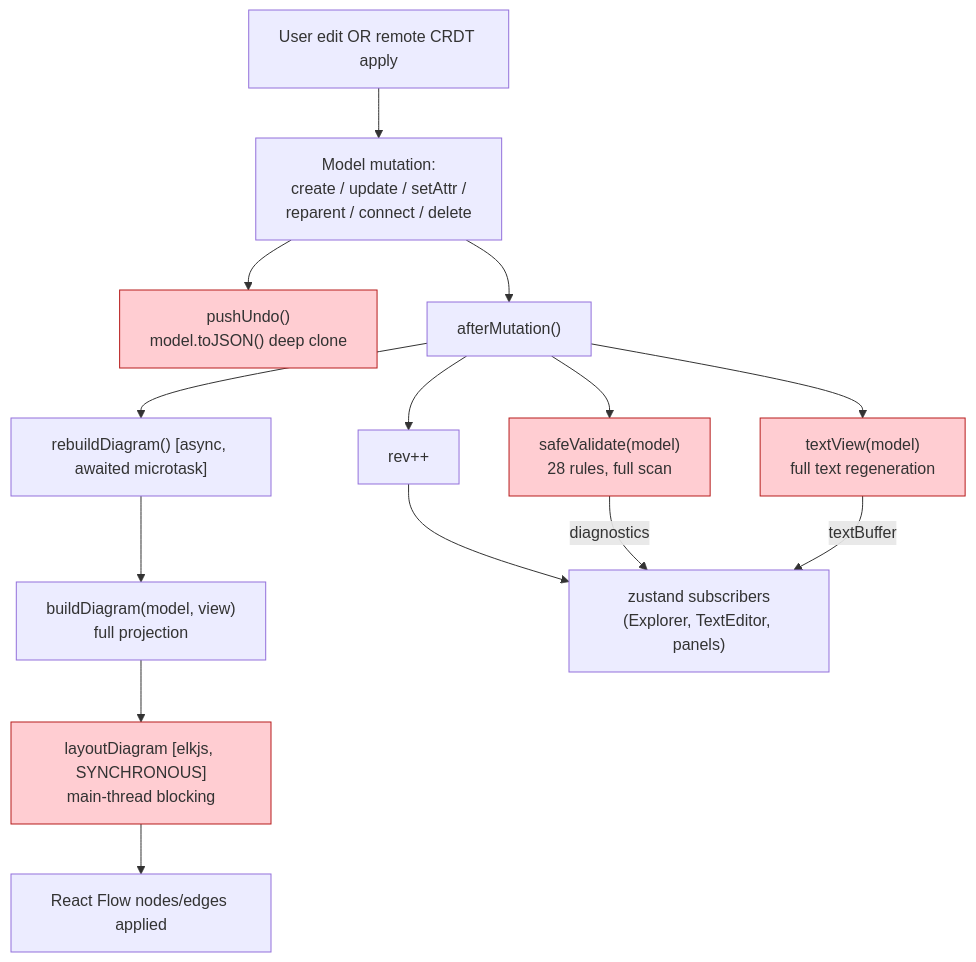
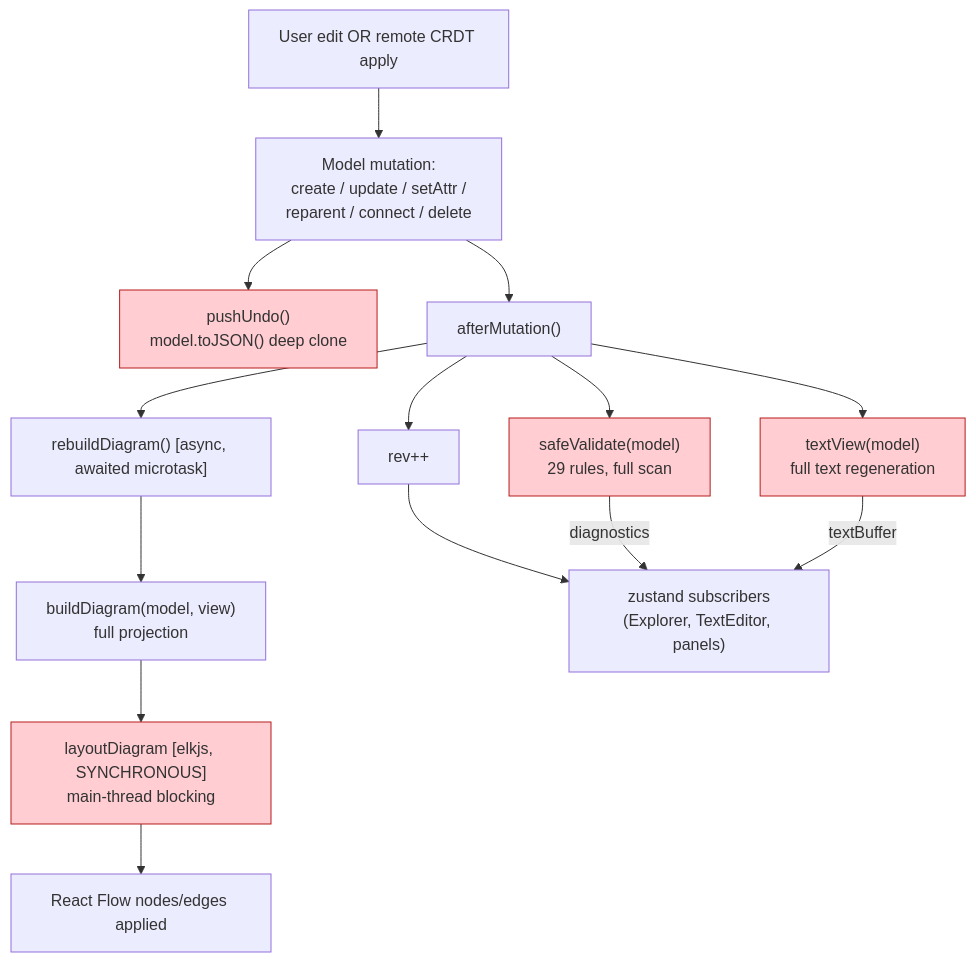
Before and after one commit to cosmindxu/sysprose: the third of 7 diagrams in docs/architecture/05-data-flow.md, drawn with Mermaid. The commit also changed 28 other files, not shown here.

````diff
--- a/docs/architecture/05-data-flow.md
+++ b/docs/architecture/05-data-flow.md
@@ -98,32 +98,32 @@
 ```mermaid
 flowchart TB
     trigger["User edit OR remote CRDT apply"]
     op["Model mutation:\ncreate / update / setAttr /\nreparent / connect / delete"]
     pushUndo["pushUndo()\nmodel.toJSON() deep clone"]
     afterMut["afterMutation()"]
-    validate["safeValidate(model)\n28 rules, full scan"]
+    validate["safeValidate(model)\n29 rules, full scan"]
     serialize["textView(model)\nfull text regeneration"]
     bump["rev++"]
     rebuild["rebuildDiagram() [async, awaited microtask]"]
     build["buildDiagram(model, view)\nfull projection"]
     layout["layoutDiagram [elkjs, SYNCHRONOUS]\nmain-thread blocking"]
     apply["React Flow nodes/edges applied"]
     listeners[" zustand subscribers\n(Explorer, TextEditor, panels)"]
 
     trigger --> op
     op --> pushUndo
     op --> afterMut
     afterMut --> validate
     afterMut --> serialize
     afterMut --> bump
     afterMut --> rebuild
     rebuild --> build
     build --> layout
     layout --> apply
     bump --> listeners
     validate -->|diagnostics| listeners
     serialize -->|textBuffer| listeners
 
     classDef hot fill:#ffcdd2,stroke:#b71c1c
     class validate,serialize,layout,pushUndo hot
 ```
````
